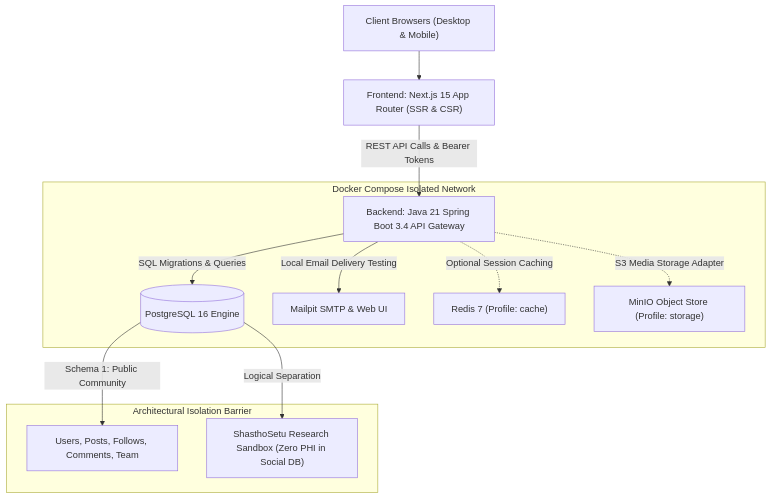
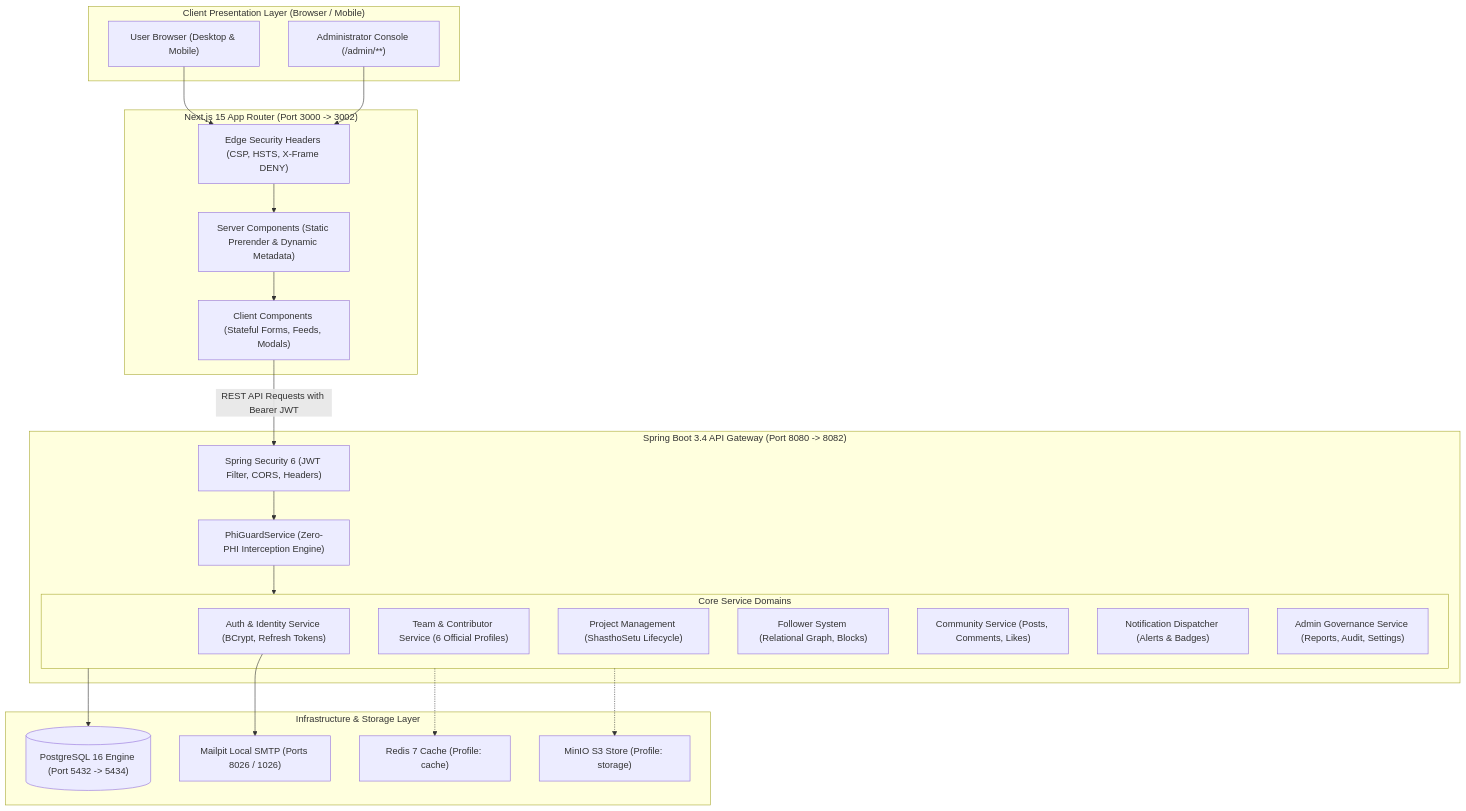
Before and after one commit to Medi-Nex/MediNex: the first of 2 diagrams in ARCHITECTURE.md, drawn with Mermaid. The commit also changed other lines of this file and 16 other files, not shown here.

````diff
--- a/ARCHITECTURE.md
+++ b/ARCHITECTURE.md
@@ -15,17 +15,49 @@
 ```mermaid
 flowchart TD
-    Client["Client Browsers (Desktop & Mobile)"] --> NextJS["Frontend: Next.js 15 App Router (SSR & CSR)"]
-    NextJS -->|REST API Calls & Bearer Tokens| SpringBoot["Backend: Java 21 Spring Boot 3.4 API Gateway"]
-
-    subgraph Infrastructure ["Docker Compose Isolated Network"]
-        SpringBoot -->|SQL Migrations & Queries| Postgres[("PostgreSQL 16 Engine")]
-        SpringBoot -->|Local Email Delivery Testing| Mailpit["Mailpit SMTP & Web UI"]
-        SpringBoot -.->|Optional Session Caching| Redis["Redis 7 (Profile: cache)"]
-        SpringBoot -.->|S3 Media Storage Adapter| MinIO["MinIO Object Store (Profile: storage)"]
+    subgraph ClientLayer ["Client Presentation Layer (Browser / Mobile)"]
+        Browser["User Browser (Desktop & Mobile)"]
+        AdminBrowser["Administrator Console (/admin/**)"]
     end
 
-    subgraph DataSegregation ["Architectural Isolation Barrier"]
-        Postgres -->|Schema 1: Public Community| PublicTables["Users, Posts, Follows, Comments, Team"]
-        Postgres -->|Logical Separation| TelemedDomain["ShasthoSetu Research Sandbox (Zero PHI in Social DB)"]
+    subgraph FrontendApp ["Next.js 15 App Router (Port 3000 -> 3002)"]
+        NextSSR["Server Components (Static Prerender & Dynamic Metadata)"]
+        NextCSR["Client Components (Stateful Forms, Feeds, Modals)"]
+        NextSecurity["Edge Security Headers (CSP, HSTS, X-Frame DENY)"]
     end
+
+    subgraph APIGateway ["Spring Boot 3.4 API Gateway (Port 8080 -> 8082)"]
+        SecurityFilter["Spring Security 6 (JWT Filter, CORS, Headers)"]
+        PhiFilter["PhiGuardService (Zero-PHI Interception Engine)"]
+
+        subgraph CoreModules ["Core Service Domains"]
+            AuthModule["Auth & Identity Service (BCrypt, Refresh Tokens)"]
+            TeamModule["Team & Contributor Service (6 Official Profiles)"]
+            ProjectModule["Project Management (ShasthoSetu Lifecycle)"]
+            FollowModule["Follower System (Relational Graph, Blocks)"]
+            CommunityModule["Community Service (Posts, Comments, Likes)"]
+            NotificationModule["Notification Dispatcher (Alerts & Badges)"]
+            AdminModule["Admin Governance Service (Reports, Audit, Settings)"]
+        end
+    end
+
+    subgraph DataPersistence ["Infrastructure & Storage Layer"]
+        Postgres[("PostgreSQL 16 Engine (Port 5432 -> 5434)")]
+        Mailpit["Mailpit Local SMTP (Ports 8026 / 1026)"]
+        Redis["Redis 7 Cache (Profile: cache)"]
+        MinIO["MinIO S3 Store (Profile: storage)"]
+    end
+
+    Browser --> NextSecurity
+    AdminBrowser --> NextSecurity
+    NextSecurity --> NextSSR
+    NextSSR --> NextCSR
+
+    NextCSR -->|REST API Requests with Bearer JWT| SecurityFilter
+    SecurityFilter --> PhiFilter
+    PhiFilter --> CoreModules
+
+    CoreModules --> Postgres
+    AuthModule --> Mailpit
+    CoreModules -.-> Redis
+    CoreModules -.-> MinIO
 ```
````
